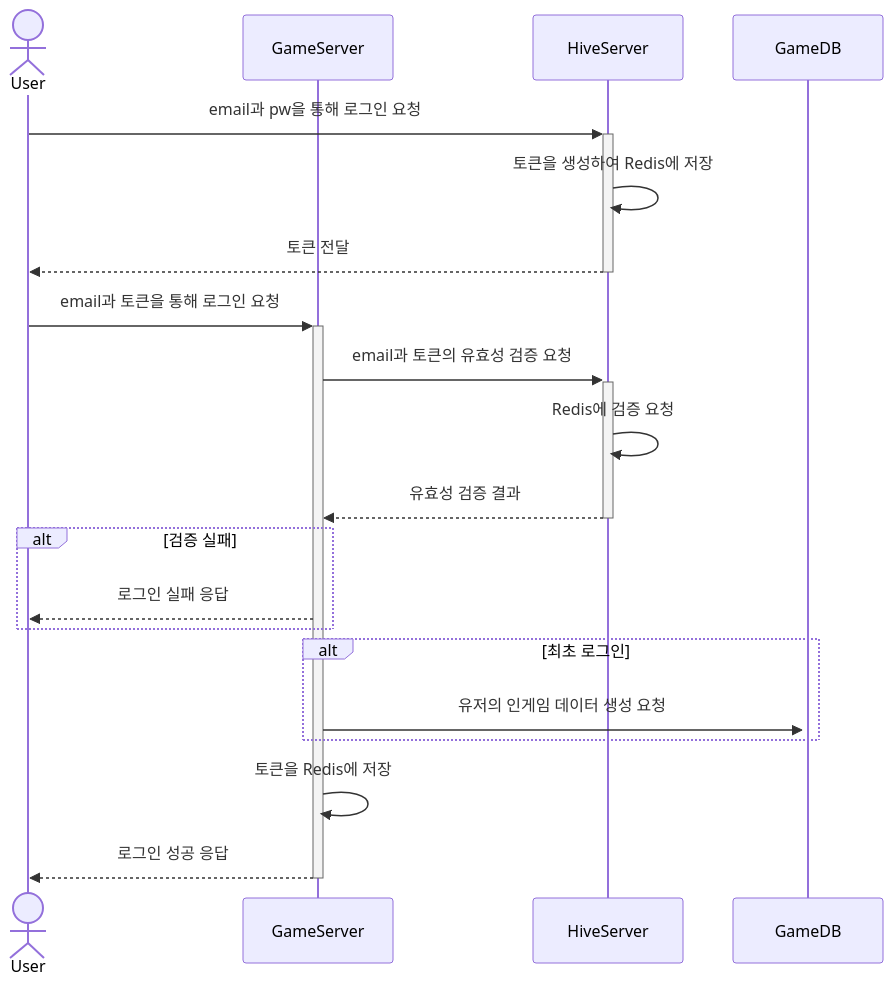
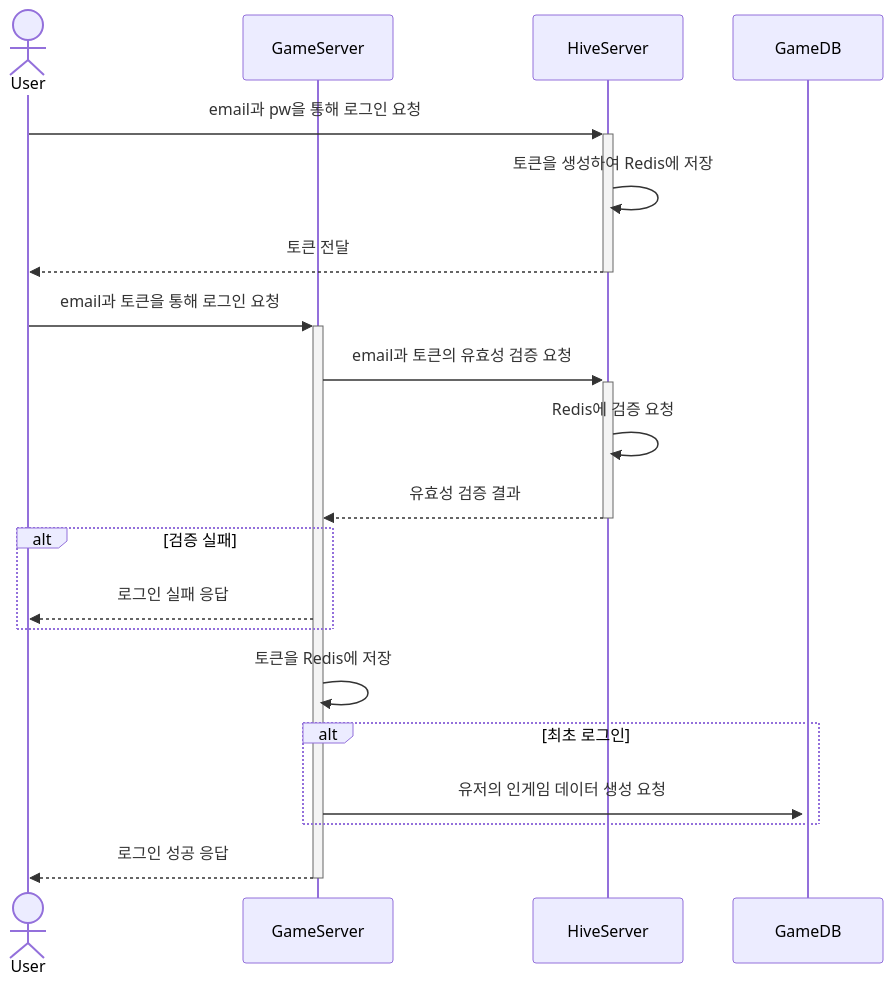
The first of 2 diagrams in SequenceDiagram.md (grace7040/Online-Omok-Server), drawn with Mermaid before and after one commit. The commit also changed other lines of this file, not shown here.

Commit message:
Docs: Sequence Diagram 수정

````diff
--- a/SequenceDiagram.md
+++ b/SequenceDiagram.md
@@ -2,23 +2,23 @@
 ```mermaid
 sequenceDiagram
     actor User
     participant GameServer
     participant HiveServer
     participant GameDB
 
     User->>+HiveServer: email과 pw을 통해 로그인 요청
     HiveServer->>HiveServer: 토큰을 생성하여 Redis에 저장
     HiveServer-->>-User: 토큰 전달
     User->>+GameServer: email과 토큰을 통해 로그인 요청
     GameServer->>+HiveServer: email과 토큰의 유효성 검증 요청
     HiveServer->>HiveServer: Redis에 검증 요청
     HiveServer-->>-GameServer: 유효성 검증 결과
     alt 검증 실패
         GameServer-->>User: 로그인 실패 응답
     end
+    GameServer->>GameServer: 토큰을 Redis에 저장
     alt 최초 로그인
         GameServer->>+GameDB: 유저의 인게임 데이터 생성 요청
     end
-    GameServer->>GameServer: 토큰을 Redis에 저장
     GameServer-->>-User: 로그인 성공 응답
 ```
````
